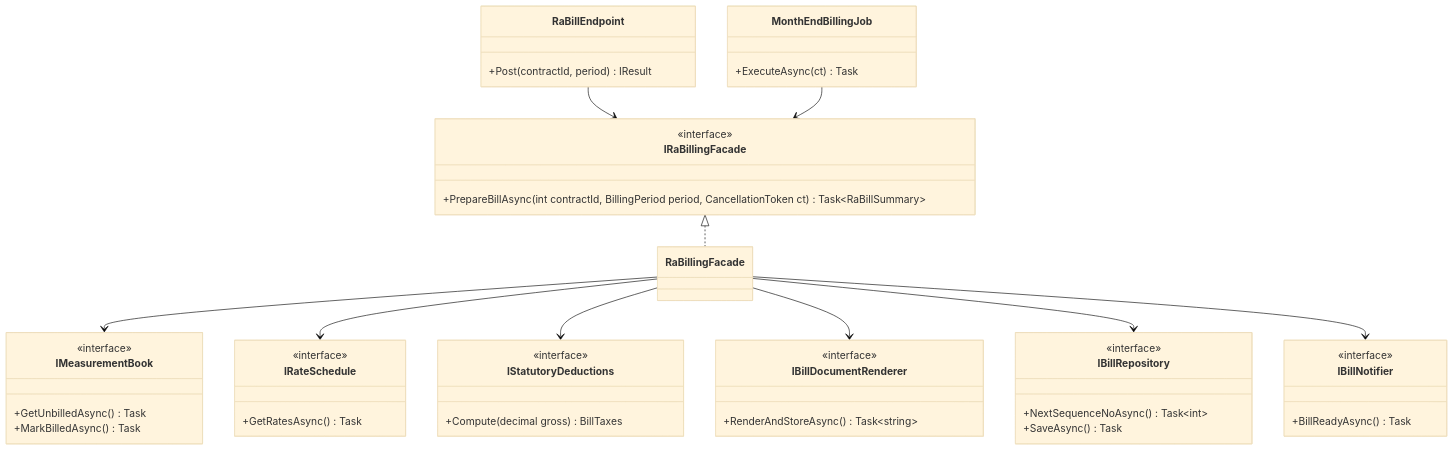
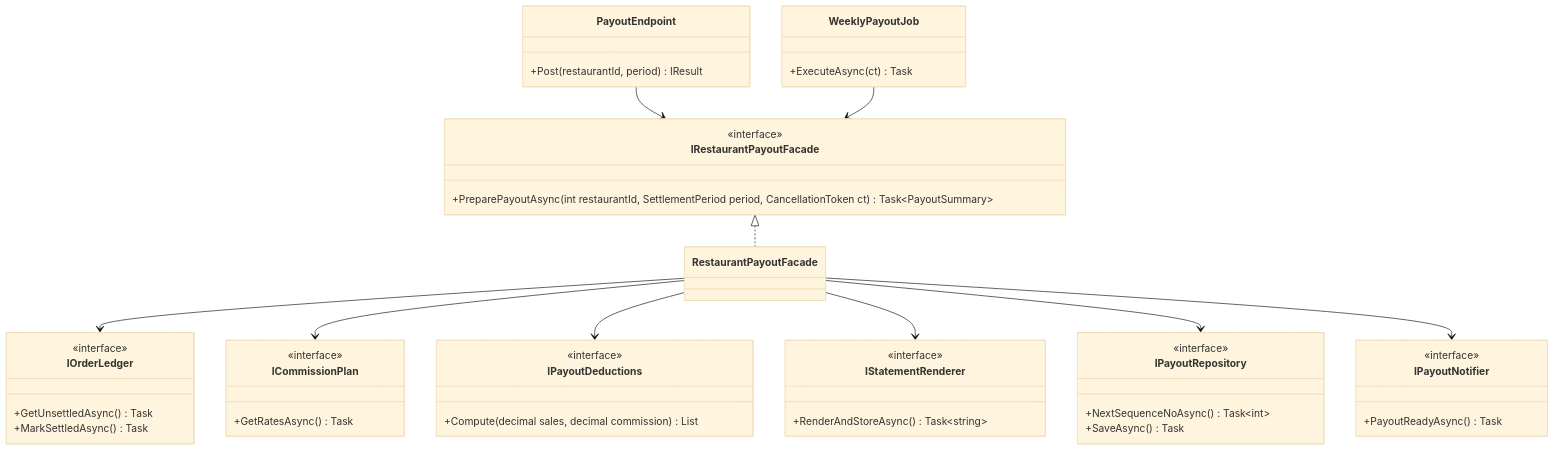
One commit to rizwi0786/system-design-lab changed the first of 2 diagrams in content/lessons/m06/m06-facade.md. Above: the diagram before and after it, drawn with Mermaid (base theme). The commit also changed other lines of this file and 334 other files, not shown here.

````diff
--- a/content/lessons/m06/m06-facade.md
+++ b/content/lessons/m06/m06-facade.md
@@ -152,49 +152,49 @@
 ```mermaid
 classDiagram
-    class RaBillEndpoint {
-        +Post(contractId, period) IResult
+    class PayoutEndpoint {
+        +Post(restaurantId, period) IResult
     }
-    class MonthEndBillingJob {
+    class WeeklyPayoutJob {
         +ExecuteAsync(ct) Task
     }
-    class IRaBillingFacade {
+    class IRestaurantPayoutFacade {
         <<interface>>
-        +PrepareBillAsync(int contractId, BillingPeriod period, CancellationToken ct) Task~RaBillSummary~
+        +PreparePayoutAsync(int restaurantId, SettlementPeriod period, CancellationToken ct) Task~PayoutSummary~
     }
-    class RaBillingFacade
-    class IMeasurementBook {
+    class RestaurantPayoutFacade
+    class IOrderLedger {
         <<interface>>
-        +GetUnbilledAsync() Task
-        +MarkBilledAsync() Task
+        +GetUnsettledAsync() Task
+        +MarkSettledAsync() Task
     }
-    class IRateSchedule {
+    class ICommissionPlan {
         <<interface>>
         +GetRatesAsync() Task
     }
-    class IStatutoryDeductions {
+    class IPayoutDeductions {
         <<interface>>
-        +Compute(decimal gross) BillTaxes
+        +Compute(decimal sales, decimal commission) List
     }
-    class IBillDocumentRenderer {
+    class IStatementRenderer {
         <<interface>>
         +RenderAndStoreAsync() Task~string~
     }
-    class IBillRepository {
+    class IPayoutRepository {
         <<interface>>
         +NextSequenceNoAsync() Task~int~
         +SaveAsync() Task
     }
-    class IBillNotifier {
+    class IPayoutNotifier {
         <<interface>>
-        +BillReadyAsync() Task
+        +PayoutReadyAsync() Task
     }
-    RaBillEndpoint --> IRaBillingFacade
-    MonthEndBillingJob --> IRaBillingFacade
-    IRaBillingFacade <|.. RaBillingFacade
-    RaBillingFacade --> IMeasurementBook
-    RaBillingFacade --> IRateSchedule
-    RaBillingFacade --> IStatutoryDeductions
-    RaBillingFacade --> IBillDocumentRenderer
-    RaBillingFacade --> IBillRepository
-    RaBillingFacade --> IBillNotifier
+    PayoutEndpoint --> IRestaurantPayoutFacade
+    WeeklyPayoutJob --> IRestaurantPayoutFacade
+    IRestaurantPayoutFacade <|.. RestaurantPayoutFacade
+    RestaurantPayoutFacade --> IOrderLedger
+    RestaurantPayoutFacade --> ICommissionPlan
+    RestaurantPayoutFacade --> IPayoutDeductions
+    RestaurantPayoutFacade --> IStatementRenderer
+    RestaurantPayoutFacade --> IPayoutRepository
+    RestaurantPayoutFacade --> IPayoutNotifier
 ```
````
